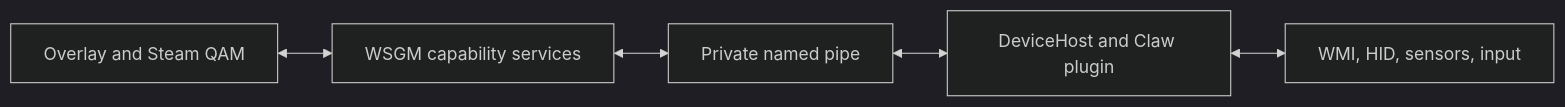
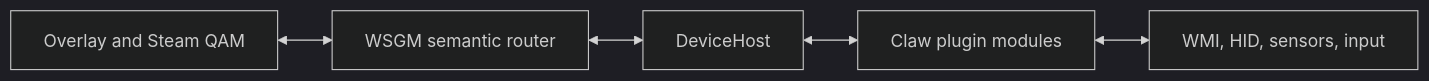
One commit to KillerPixelCrew/WSGM changed the diagram in _plan/claw-8-a2vm-plugin.md. Above: the diagram before and after it, drawn with Mermaid (dark theme). The commit also changed other lines of this file and 2 other files, not shown here.

Commit message:
docs: redesign device plugins and bring-up tooling

````diff
--- a/_plan/claw-8-a2vm-plugin.md
+++ b/_plan/claw-8-a2vm-plugin.md
@@ -141,7 +162,7 @@
 ```mermaid
 flowchart LR
-    A["Overlay and Steam QAM"] <--> B["WSGM capability services"]
-    B <--> C["Private named pipe"]
-    C <--> D["DeviceHost and Claw plugin"]
+    A["Overlay and Steam QAM"] <--> B["WSGM semantic router"]
+    B <--> C["DeviceHost"]
+    C <--> D["Claw plugin modules"]
     D <--> E["WMI, HID, sensors, input"]
 ```
````
